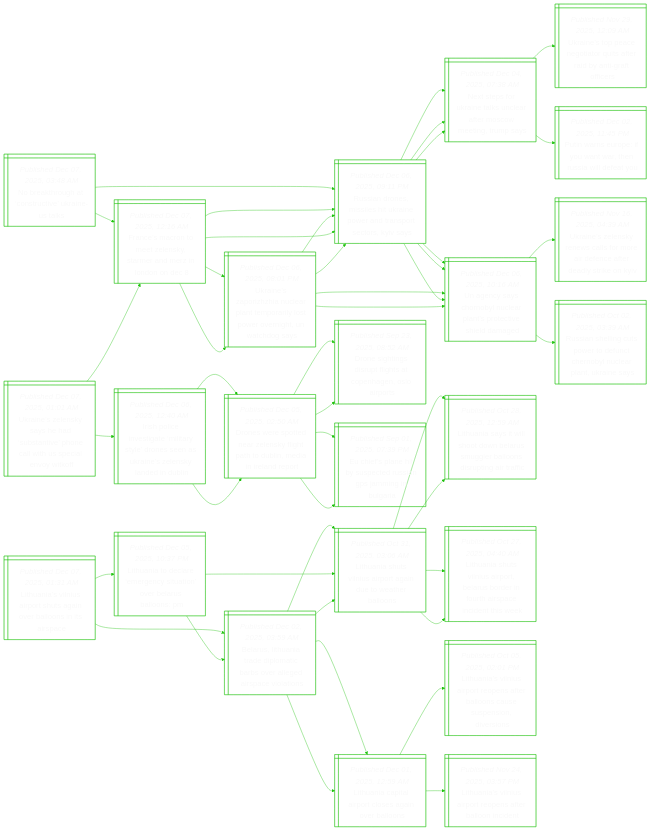
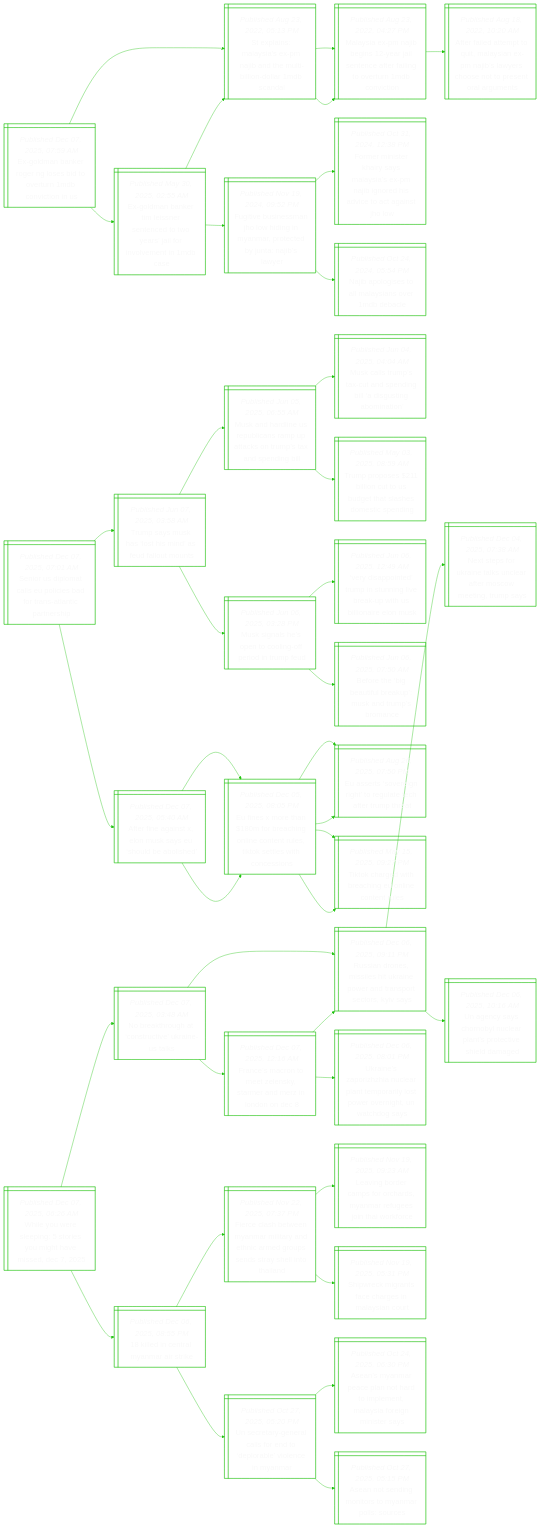
Before and after one commit to notJmes/notJmes: the diagram in README.md, drawn with Mermaid. The commit also changed other lines of this file, not shown here.

````diff
--- a/README.md
+++ b/README.md
@@ -16,142 +16,127 @@
 flowchart LR
 classDef txtsize font-size:20px;
 
+EdaRNetrMniU@{ shape: win-pane, label: "_Published Dec 07, 2025, 07:59 AM_
+Ex-goldman banker roger ng loses bid to overturn 1mdb conviction in us" }
+SlMsxjduinasa@{ shape: win-pane, label: "_Published Aug 23, 2022, 05:13 PM_
+St explains: malaysia's ex-pm najib and the multi-billion-dollar 1mdb scandal" }
+MsPiialefagenot@{ shape: win-pane, label: "_Published Aug 23, 2022, 04:27 PM_
+Malaysia ex-pm najib begins 12-year jail sentence after failing to overturn 1mdb conviction" }
+AfdmqaiPiwceoeaus@{ shape: win-pane, label: "_Published Aug 18, 2022, 10:20 AM_
+After failed attempt to quit, malaysian ex-pm najib’s lawyers choose not to present oral arguments" }
+EdaTiretyjooeMs@{ shape: win-pane, label: "_Published May 30, 2025, 02:55 AM_
+Ex-goldman banker tim leissner sentenced to two years’ jail for involvement in 1mdb case" }
+SlMsxjduinasa@{ shape: win-pane, label: "_Published Aug 23, 2022, 05:13 PM_
+St explains: malaysia's ex-pm najib and the multi-billion-dollar 1mdb scandal" }
+MsPiialefagenot@{ shape: win-pane, label: "_Published Aug 23, 2022, 04:27 PM_
+Malaysia ex-pm najib begins 12-year jail sentence after failing to overturn 1mdb conviction" }
+Fisshhgapcyaby@{ shape: win-pane, label: "_Published Nov 19, 2024, 09:52 PM_
+Fugitive businessman jho low hiding in myanmar, protected by junta: najib’s lawyer" }
+FrshsaiPioiiaaJw@{ shape: win-pane, label: "_Published Oct 31, 2024, 12:38 PM_
+Former minister khairy says malaysia’s ex-pm najib ignored his advice to act against jho low" }
+NagtMsoDa@{ shape: win-pane, label: "_Published Oct 24, 2024, 05:54 PM_
+Najib apologises to all malaysians over 1mdb debacle" }
+
+EdaRNetrMniU:::txtsize --> SlMsxjduinasa:::txtsize
+SlMsxjduinasa:::txtsize --> MsPiialefagenot:::txtsize
+MsPiialefagenot:::txtsize --> AfdmqaiPiwceoeaus:::txtsize
+EdaRNetrMniU:::txtsize --> EdaTiretyjooeMs:::txtsize
+EdaTiretyjooeMs:::txtsize --> SlMsxjduinasa:::txtsize
+SlMsxjduinasa:::txtsize --> MsPiialefagenot:::txtsize
+EdaTiretyjooeMs:::txtsize --> Fisshhgapcyaby:::txtsize
+Fisshhgapcyaby:::txtsize --> FrshsaiPioiiaaJw:::txtsize
+Fisshhgapcyaby:::txtsize --> NagtMsoDa:::txtsize
+
+Srptslsonapep@{ shape: win-pane, label: "_Published Dec 07, 2025, 07:01 AM_
+Senior us diplomat calls eu policies bad for trans-atlantic partnership" }
+Tsushnelms@{ shape: win-pane, label: "_Published Jun 07, 2025, 03:58 AM_
+Trump says musk has ‘lost his mind’ as feud fallout mounts" }
+MndUuamtsuasil@{ shape: win-pane, label: "_Published Jun 05, 2025, 06:55 AM_
+Musk and hardline us republicans ramp up attacks on trump’s tax and spending bill" }
+Marttpnlgnmi@{ shape: win-pane, label: "_Published Jun 04, 2025, 04:04 AM_
+Musk calls trump’s tax-cut and spending bill ‘a disgusting abomination’" }
+TpslcUgasoin@{ shape: win-pane, label: "_Published May 03, 2025, 08:59 AM_
+Trump proposes $211 billion cut to us budget that slashes domestic spending" }
+Mispcnpduu@{ shape: win-pane, label: "_Published Jun 06, 2025, 03:28 PM_
+Musk signals he’s open to cooling-off period in trump feud" }
+Viodpugbuhlals@{ shape: win-pane, label: "_Published Jun 06, 2025, 12:49 AM_
+‘very disappointed’ trump in stunning live break-up with us billionaire elon musk" }
+BeiulksTsa@{ shape: win-pane, label: "_Published Jun 06, 2025, 07:50 AM_
+Before the ‘big beautiful breakup’: musk and trump’s bromance" }
+AfgtnsUlbh@{ shape: win-pane, label: "_Published Dec 07, 2025, 05:40 AM_
+After fine against x, elon musk says eu ‘should be abolished’" }
+EernbhncneTtwos@{ shape: win-pane, label: "_Published Dec 05, 2025, 08:05 PM_
+Eu fines x more than $180m for breaching online content rules, tiktok settles with concessions" }
+Eeoigraceme@{ shape: win-pane, label: "_Published Aug 26, 2025, 07:50 PM_
+Eu asserts ‘sovereign right’ to regulate tech after trump threat" }
+Tkgtaglots@{ shape: win-pane, label: "_Published May 15, 2025, 09:27 PM_
+Tiktok charged with breaching eu online content rules" }
+EernbhncneTtwos@{ shape: win-pane, label: "_Published Dec 05, 2025, 08:05 PM_
+Eu fines x more than $180m for breaching online content rules, tiktok settles with concessions" }
+Eeoigraceme@{ shape: win-pane, label: "_Published Aug 26, 2025, 07:50 PM_
+Eu asserts ‘sovereign right’ to regulate tech after trump threat" }
+Tkgtaglots@{ shape: win-pane, label: "_Published May 15, 2025, 09:27 PM_
+Tiktok charged with breaching eu online content rules" }
+
+Srptslsonapep:::txtsize --> Tsushnelms:::txtsize
+Tsushnelms:::txtsize --> MndUuamtsuasil:::txtsize
+MndUuamtsuasil:::txtsize --> Marttpnlgnmi:::txtsize
+MndUuamtsuasil:::txtsize --> TpslcUgasoin:::txtsize
+Tsushnelms:::txtsize --> Mispcnpduu:::txtsize
+Mispcnpduu:::txtsize --> Viodpugbuhlals:::txtsize
+Mispcnpduu:::txtsize --> BeiulksTsa:::txtsize
+Srptslsonapep:::txtsize --> AfgtnsUlbh:::txtsize
+AfgtnsUlbh:::txtsize --> EernbhncneTtwos:::txtsize
+EernbhncneTtwos:::txtsize --> Eeoigraceme:::txtsize
+EernbhncneTtwos:::txtsize --> Tkgtaglots:::txtsize
+AfgtnsUlbh:::txtsize --> EernbhncneTtwos:::txtsize
+EernbhncneTtwos:::txtsize --> Eeoigraceme:::txtsize
+EernbhncneTtwos:::txtsize --> Tkgtaglots:::txtsize
+
+WYresemhiD@{ shape: win-pane, label: "_Published Dec 07, 2025, 06:26 AM_
+While you were sleeping: 5 stories you might have missed, dec 7, 2025" }
 NaottirUk@{ shape: win-pane, label: "_Published Dec 07, 2025, 03:48 AM_
 No breakthrough at ‘constructive’ ukraine-us talks" }
 RansskerrocKa@{ shape: win-pane, label: "_Published Dec 06, 2025, 09:11 PM_
 Russian drones, missiles hit ukraine power and transport sectors, kyiv says" }
 Ntoaanrrotra@{ shape: win-pane, label: "_Published Dec 04, 2025, 07:38 AM_
 Next steps for ukraine talks unclear after moscow meeting, trump says" }
-Unpetrsrbitc@{ shape: win-pane, label: "_Published Nov 29, 2025, 12:09 AM_
-Ukraine’s top peace negotiator quits after raid by anti-graft officers" }
-PwEeuwesleu@{ shape: win-pane, label: "_Published Dec 02, 2025, 11:45 PM_
-Putin warns europe: if you want war, then russia will defeat you" }
 Unyrlearthde@{ shape: win-pane, label: "_Published Dec 06, 2025, 10:16 AM_
 Un agency says chornobyl nuclear plant’s protective shield damaged" }
-Unlywlmiefesei@{ shape: win-pane, label: "_Published Nov 16, 2025, 04:39 AM_
-Ukraine’s zelensky renews calls for more air defence after deadly strike on kyiv" }
-Ralcooneyllke@{ shape: win-pane, label: "_Published Oct 02, 2025, 03:39 AM_
-Russian shelling cuts power to defunct chernobyl nuclear plant, ukraine says" }
 Fermekrnznn@{ shape: win-pane, label: "_Published Dec 07, 2025, 12:16 AM_
 France’s macron to meet zelensky, starmer and merz in london on dec 8" }
 RansskerrocKa@{ shape: win-pane, label: "_Published Dec 06, 2025, 09:11 PM_
 Russian drones, missiles hit ukraine power and transport sectors, kyiv says" }
-Ntoaanrrotra@{ shape: win-pane, label: "_Published Dec 04, 2025, 07:38 AM_
-Next steps for ukraine talks unclear after moscow meeting, trump says" }
-Unyrlearthde@{ shape: win-pane, label: "_Published Dec 06, 2025, 10:16 AM_
-Un agency says chornobyl nuclear plant’s protective shield damaged" }
 Unphnanpiserttg@{ shape: win-pane, label: "_Published Dec 06, 2025, 08:01 PM_
 Ukraine’s zaporizhzhia nuclear plant temporarily lost power overnight, un watchdog says" }
-Unyrlearthde@{ shape: win-pane, label: "_Published Dec 06, 2025, 10:16 AM_
-Un agency says chornobyl nuclear plant’s protective shield damaged" }
-RansskerrocKa@{ shape: win-pane, label: "_Published Dec 06, 2025, 09:11 PM_
-Russian drones, missiles hit ukraine power and transport sectors, kyiv says" }
+kdnMase@{ shape: win-pane, label: "_Published Dec 06, 2025, 08:55 PM_
+18 killed in central myanmar air strike" }
+Feheamadieunreti@{ shape: win-pane, label: "_Published Nov 22, 2025, 07:37 PM_
+Fierce clash between myanmar military and ethnic armed groups sends stray shell into thailand" }
+Lndmrayrgoake@{ shape: win-pane, label: "_Published Nov 19, 2025, 09:23 AM_
+Leaving border camps for orchards, myanmar refugees join thai workforce" }
+SritegMso@{ shape: win-pane, label: "_Published Nov 19, 2025, 05:31 PM_
+Shipwreck migrants face charges in malaysian court" }
+Uryrlrooeenm@{ shape: win-pane, label: "_Published Oct 27, 2025, 05:20 PM_
+Un secretary-general calls for end to ‘deplorable’ violence in myanmar" }
+AsmaahoeMsrmty@{ shape: win-pane, label: "_Published Oct 24, 2025, 06:30 PM_
+Asean’s myanmar peace plan not hard to implement, malaysia foreign minister says" }
+AnnmoMalr@{ shape: win-pane, label: "_Published Oct 27, 2025, 05:15 PM_
+Asean not sending monitors to myanmar polls: sources" }
 
+WYresemhiD:::txtsize --> NaottirUk:::txtsize
 NaottirUk:::txtsize --> RansskerrocKa:::txtsize
 RansskerrocKa:::txtsize --> Ntoaanrrotra:::txtsize
-Ntoaanrrotra:::txtsize --> Unpetrsrbitc:::txtsize
-Ntoaanrrotra:::txtsize --> PwEeuwesleu:::txtsize
 RansskerrocKa:::txtsize --> Unyrlearthde:::txtsize
-Unyrlearthde:::txtsize --> Unlywlmiefesei:::txtsize
-Unyrlearthde:::txtsize --> Ralcooneyllke:::txtsize
 NaottirUk:::txtsize --> Fermekrnznn:::txtsize
 Fermekrnznn:::txtsize --> RansskerrocKa:::txtsize
-RansskerrocKa:::txtsize --> Ntoaanrrotra:::txtsize
-RansskerrocKa:::txtsize --> Unyrlearthde:::txtsize
 Fermekrnznn:::txtsize --> Unphnanpiserttg:::txtsize
-Unphnanpiserttg:::txtsize --> Unyrlearthde:::txtsize
-Unphnanpiserttg:::txtsize --> RansskerrocKa:::txtsize
-
-LaVuphgvlssp@{ shape: win-pane, label: "_Published Dec 07, 2025, 01:31 AM_
-Lithuania’s vilnius airport shuts again over balloons in its airspace" }
-Buhaeocsaesvt@{ shape: win-pane, label: "_Published Dec 02, 2025, 03:59 AM_
-Belarus, lithuania trade diplomatic barbs over alleged airspace violations" }
-Lahisoaeabo@{ shape: win-pane, label: "_Published Oct 31, 2025, 03:06 AM_
-Lithuania shuts vilnius airport again due to weather balloons" }
-Laawholsllsugrc@{ shape: win-pane, label: "_Published Oct 28, 2025, 12:59 AM_
-Lithuania says it will shoot down belarus smuggler balloons disrupting air traffic" }
-Lahisolbruicite@{ shape: win-pane, label: "_Published Oct 27, 2025, 04:40 AM_
-Lithuania shuts vilnius airport, belarus border in fourth airspace incident this week" }
-Laaloogvls@{ shape: win-pane, label: "_Published Dec 01, 2025, 12:59 AM_
-Lithuania capital airport closes again over balloons" }
-LaVupesroausii@{ shape: win-pane, label: "_Published Oct 05, 2025, 02:01 PM_
-Lithuania’s vilnius airport reopens after balloons cause suspension, diversions" }
-LaVupesroct@{ shape: win-pane, label: "_Published Nov 24, 2025, 03:57 PM_
-Lithuania’s vilnius airport reopens after balloon incident" }
-LaoaecunBulP@{ shape: win-pane, label: "_Published Dec 05, 2025, 10:37 PM_
-Lithuania to declare ‘emergency situation’ over belarus balloons: pm" }
-Lahisoaeabo@{ shape: win-pane, label: "_Published Oct 31, 2025, 03:06 AM_
-Lithuania shuts vilnius airport again due to weather balloons" }
-Laawholsllsugrc@{ shape: win-pane, label: "_Published Oct 28, 2025, 12:59 AM_
-Lithuania says it will shoot down belarus smuggler balloons disrupting air traffic" }
-Lahisolbruicite@{ shape: win-pane, label: "_Published Oct 27, 2025, 04:40 AM_
-Lithuania shuts vilnius airport, belarus border in fourth airspace incident this week" }
-Buhaeocsaesvt@{ shape: win-pane, label: "_Published Dec 02, 2025, 03:59 AM_
-Belarus, lithuania trade diplomatic barbs over alleged airspace violations" }
-Lahisoaeabo@{ shape: win-pane, label: "_Published Oct 31, 2025, 03:06 AM_
-Lithuania shuts vilnius airport again due to weather balloons" }
-Laaloogvls@{ shape: win-pane, label: "_Published Dec 01, 2025, 12:59 AM_
-Lithuania capital airport closes again over balloons" }
-
-LaVuphgvlssp:::txtsize --> Buhaeocsaesvt:::txtsize
-Buhaeocsaesvt:::txtsize --> Lahisoaeabo:::txtsize
-Lahisoaeabo:::txtsize --> Laawholsllsugrc:::txtsize
-Lahisoaeabo:::txtsize --> Lahisolbruicite:::txtsize
-Buhaeocsaesvt:::txtsize --> Laaloogvls:::txtsize
-Laaloogvls:::txtsize --> LaVupesroausii:::txtsize
-Laaloogvls:::txtsize --> LaVupesroct:::txtsize
-LaVuphgvlssp:::txtsize --> LaoaecunBulP:::txtsize
-LaoaecunBulP:::txtsize --> Lahisoaeabo:::txtsize
-Lahisoaeabo:::txtsize --> Laawholsllsugrc:::txtsize
-Lahisoaeabo:::txtsize --> Lahisolbruicite:::txtsize
-LaoaecunBulP:::txtsize --> Buhaeocsaesvt:::txtsize
-Buhaeocsaesvt:::txtsize --> Lahisoaeabo:::txtsize
-Buhaeocsaesvt:::txtsize --> Laaloogvls:::txtsize
-
-UnlyhsaeewSivt@{ shape: win-pane, label: "_Published Dec 07, 2025, 01:01 AM_
-Ukraine’s zelensky says he had ‘substantive’ phone call with us special envoy witkoff" }
-Fermekrnznn@{ shape: win-pane, label: "_Published Dec 07, 2025, 12:16 AM_
-France’s macron to meet zelensky, starmer and merz in london on dec 8" }
-RansskerrocKa@{ shape: win-pane, label: "_Published Dec 06, 2025, 09:11 PM_
-Russian drones, missiles hit ukraine power and transport sectors, kyiv says" }
-Ntoaanrrotra@{ shape: win-pane, label: "_Published Dec 04, 2025, 07:38 AM_
-Next steps for ukraine talks unclear after moscow meeting, trump says" }
-Unyrlearthde@{ shape: win-pane, label: "_Published Dec 06, 2025, 10:16 AM_
-Un agency says chornobyl nuclear plant’s protective shield damaged" }
-Unphnanpiserttg@{ shape: win-pane, label: "_Published Dec 06, 2025, 08:01 PM_
-Ukraine’s zaporizhzhia nuclear plant temporarily lost power overnight, un watchdog says" }
-Unyrlearthde@{ shape: win-pane, label: "_Published Dec 06, 2025, 10:16 AM_
-Un agency says chornobyl nuclear plant’s protective shield damaged" }
-RansskerrocKa@{ shape: win-pane, label: "_Published Dec 06, 2025, 09:11 PM_
-Russian drones, missiles hit ukraine power and transport sectors, kyiv says" }
-IpestisdsaaZsnni@{ shape: win-pane, label: "_Published Dec 06, 2025, 12:40 AM_
-Irish police investigate ‘military style’ drones seen as ukraine’s zelensky landed in dublin" }
-Dssernlpoiirdr@{ shape: win-pane, label: "_Published Dec 05, 2025, 02:50 AM_
-Drones were spotted near zelensky flight path to dublin, media in ireland report" }
-DsiithChOit@{ shape: win-pane, label: "_Published Sep 23, 2025, 08:52 AM_
-Drone sightings disrupt flights at copenhagen, oslo airports" }
-EeatsesPmna@{ shape: win-pane, label: "_Published Sep 01, 2025, 07:39 PM_
-Eu chief’s plane hit by suspected russian gps jamming in bulgaria" }
-Dssernlpoiirdr@{ shape: win-pane, label: "_Published Dec 05, 2025, 02:50 AM_
-Drones were spotted near zelensky flight path to dublin, media in ireland report" }
-DsiithChOit@{ shape: win-pane, label: "_Published Sep 23, 2025, 08:52 AM_
-Drone sightings disrupt flights at copenhagen, oslo airports" }
-EeatsesPmna@{ shape: win-pane, label: "_Published Sep 01, 2025, 07:39 PM_
-Eu chief’s plane hit by suspected russian gps jamming in bulgaria" }
-
-UnlyhsaeewSivt:::txtsize --> Fermekrnznn:::txtsize
-Fermekrnznn:::txtsize --> RansskerrocKa:::txtsize
-RansskerrocKa:::txtsize --> Ntoaanrrotra:::txtsize
-RansskerrocKa:::txtsize --> Unyrlearthde:::txtsize
-Fermekrnznn:::txtsize --> Unphnanpiserttg:::txtsize
-Unphnanpiserttg:::txtsize --> Unyrlearthde:::txtsize
-Unphnanpiserttg:::txtsize --> RansskerrocKa:::txtsize
-UnlyhsaeewSivt:::txtsize --> IpestisdsaaZsnni:::txtsize
-IpestisdsaaZsnni:::txtsize --> Dssernlpoiirdr:::txtsize
-Dssernlpoiirdr:::txtsize --> DsiithChOit:::txtsize
-Dssernlpoiirdr:::txtsize --> EeatsesPmna:::txtsize
-IpestisdsaaZsnni:::txtsize --> Dssernlpoiirdr:::txtsize
-Dssernlpoiirdr:::txtsize --> DsiithChOit:::txtsize
-Dssernlpoiirdr:::txtsize --> EeatsesPmna:::txtsize
+WYresemhiD:::txtsize --> kdnMase:::txtsize
+kdnMase:::txtsize --> Feheamadieunreti:::txtsize
+Feheamadieunreti:::txtsize --> Lndmrayrgoake:::txtsize
+Feheamadieunreti:::txtsize --> SritegMso:::txtsize
+kdnMase:::txtsize --> Uryrlrooeenm:::txtsize
+Uryrlrooeenm:::txtsize --> AsmaahoeMsrmty:::txtsize
+Uryrlrooeenm:::txtsize --> AnnmoMalr:::txtsize
 
 ```
````
